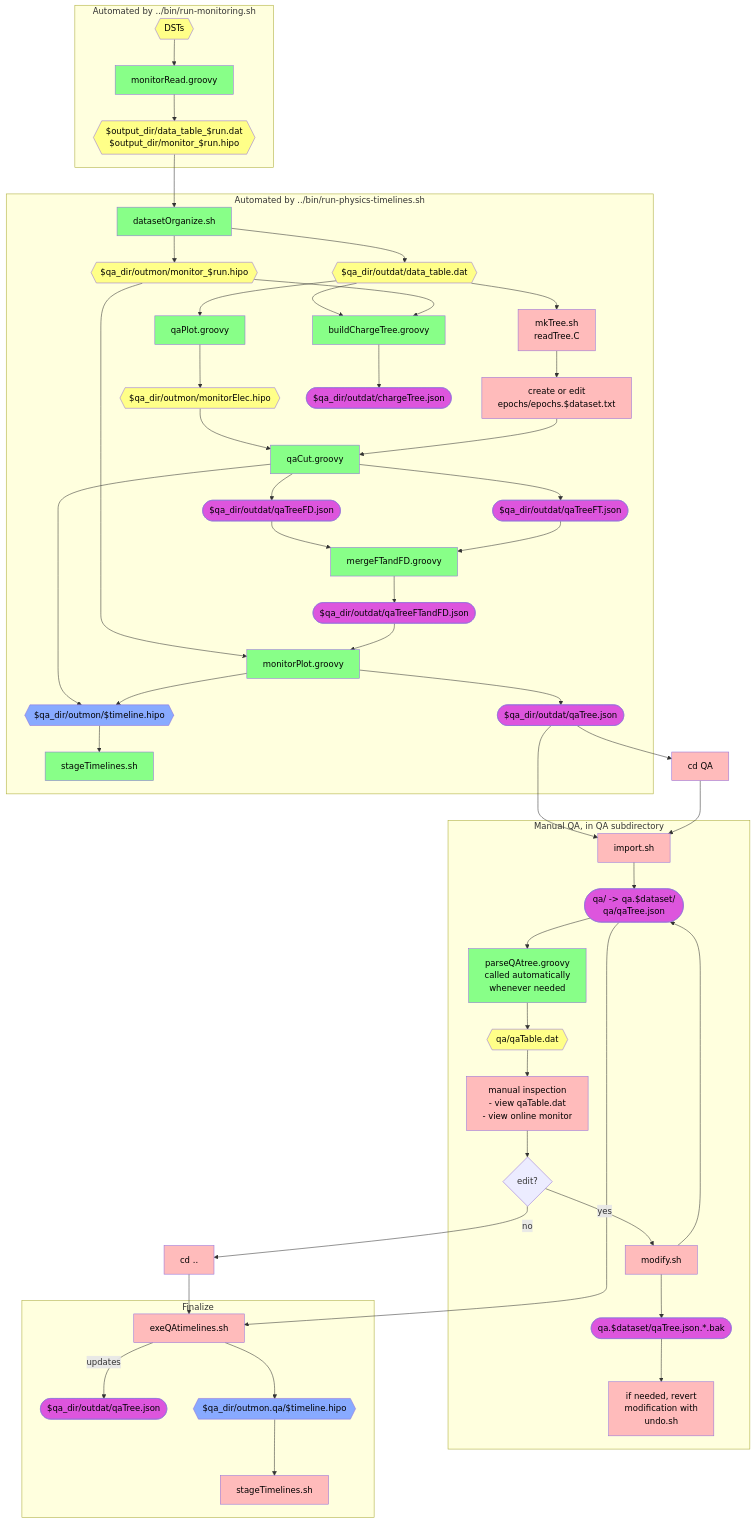
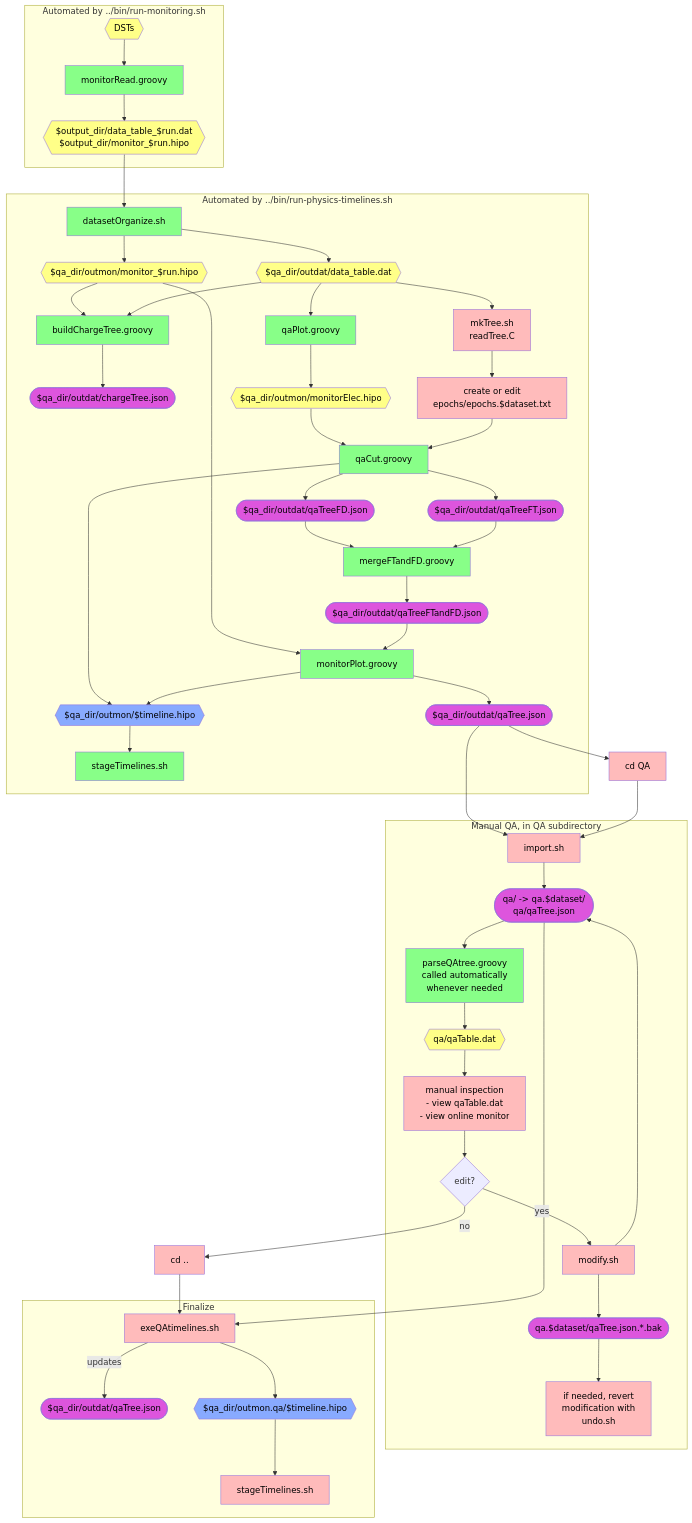
One commit to JeffersonLab/clas12-timeline changed the second of 2 diagrams in qa-physics/docs/docDiagram.md. Above: the diagram before and after it, drawn with Mermaid.

Commit message:
style: make it cleaner

```diff
--- a/qa-physics/docs/docDiagram.md
+++ b/qa-physics/docs/docDiagram.md
@@ -45,6 +45,11 @@
       monitorReadOut --> datasetOrganize
       datasetOrganize --> outmonFiles
       datasetOrganize --> outdatFiles
+
+      buildCT[buildChargeTree.groovy]:::auto
+      chargeTree([$qa_dir/outdat/chargeTree.json]):::json
+      outmonFiles --> buildCT
+      outdatFiles --> buildCT
 
       qaPlot[qaPlot.groovy]:::auto
       outdatFiles --> mkTree[mkTree.sh<br />readTree.C]:::manual
@@ -73,13 +78,9 @@
       monitorPlot --> qaTree
       monitorPlot --> timelineFiles
 
-      buildCT[buildChargeTree.groovy]:::auto
-      chargeTree([$qa_dir/outdat/chargeTree.json]):::json
       stage0[stageTimelines.sh]:::auto
-      outdatFiles --> buildCT
       buildCT --> chargeTree
       timelineFiles --> stage0
-      outmonFiles --> buildCT
     end
 
     subgraph "Manual QA, in QA subdirectory"
```
